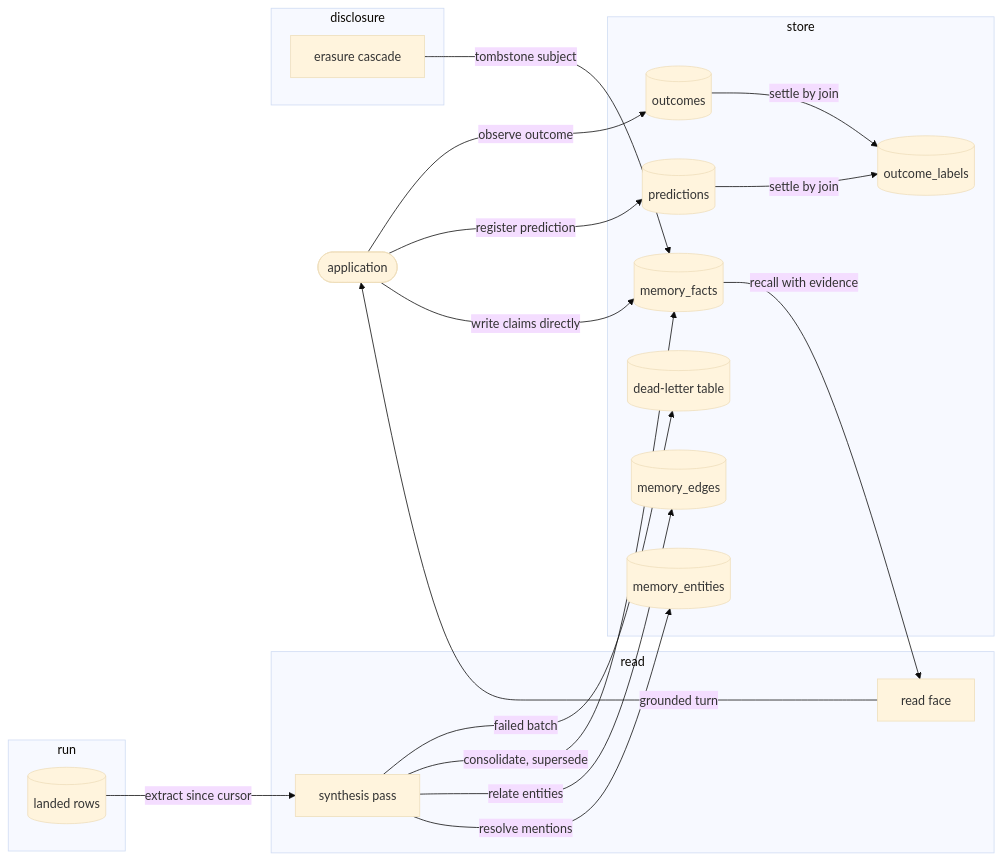
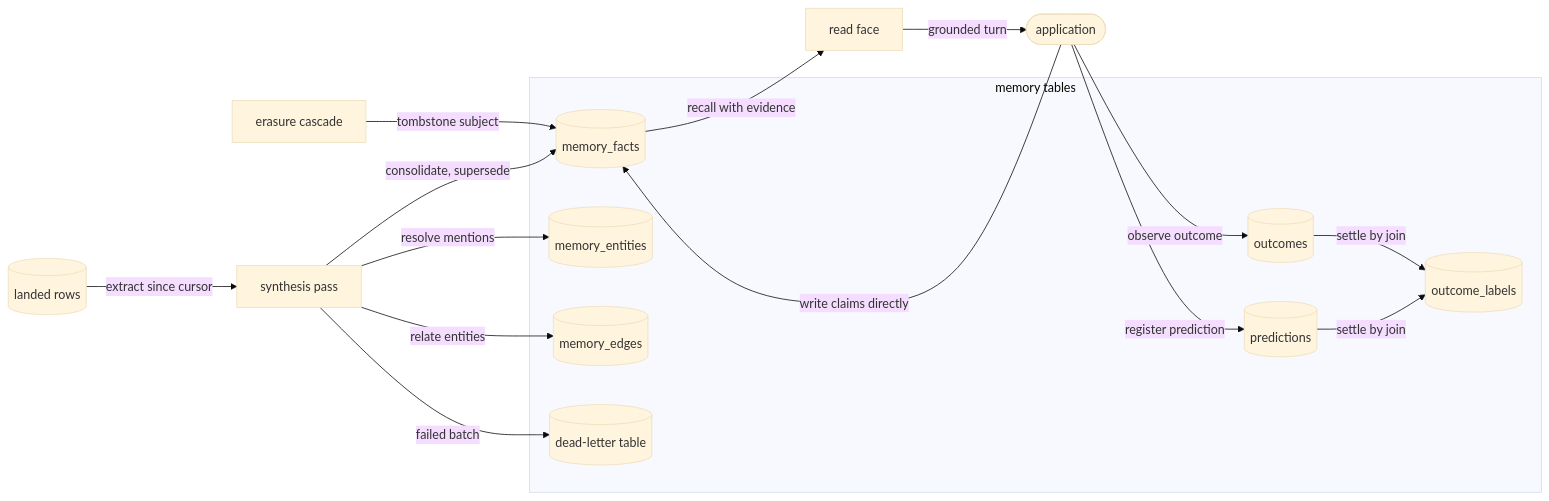
The first of 4 diagrams in spec/21-memory.md (fractalboxdev/contextful), drawn with Mermaid (base theme) before and after one commit. The commit also changed 31 other files, not shown here.

First line of the commit message:
spec: every diagram draws things as nodes and what flows as labelled edges

````diff
--- a/spec/21-memory.md
+++ b/spec/21-memory.md
@@ -21,35 +21,29 @@
 ```mermaid
 flowchart LR
-  APP(["application"])
-  subgraph RUNC["run"]
-    ROWS[("landed rows")]
-  end
-  subgraph READC["read"]
-    SYN["synthesis pass"]
-    FACE["read face"]
-  end
-  subgraph STOREC["store"]
+  ROWS[("landed rows")]
+  SYN["synthesis pass"]
+  subgraph STOREC["memory tables"]
     FACTS[("memory_facts")]
     ENT[("memory_entities")]
     EDGES[("memory_edges")]
     DL[("dead-letter table")]
     PRED[("predictions")]
     OUT[("outcomes")]
     LAB[("outcome_labels")]
   end
-  subgraph DISC["disclosure"]
-    ERASER["erasure cascade"]
-  end
+  ERASER["erasure cascade"]
+  FACE["read face"]
+  APP(["application"])
   ROWS -->|"extract since cursor"| SYN
   SYN -->|"resolve mentions"| ENT
   SYN -->|"relate entities"| EDGES
   SYN -->|"consolidate, supersede"| FACTS
   SYN -->|"failed batch"| DL
   APP -->|"write claims directly"| FACTS
   FACTS -->|"recall with evidence"| FACE
   FACE -->|"grounded turn"| APP
   APP -->|"register prediction"| PRED
   APP -->|"observe outcome"| OUT
   PRED & OUT -->|"settle by join"| LAB
   ERASER -->|"tombstone subject"| FACTS
 ```
````
